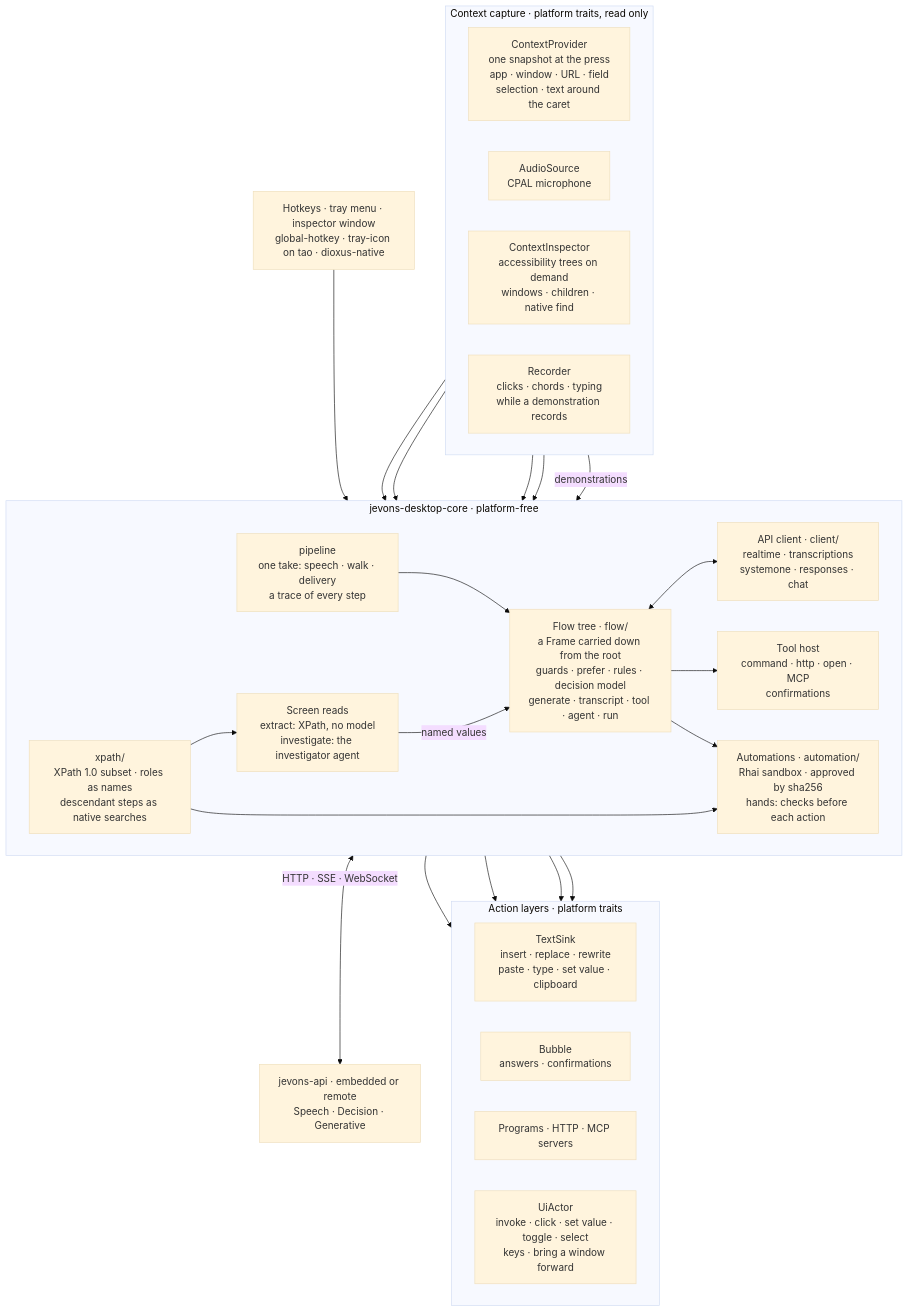
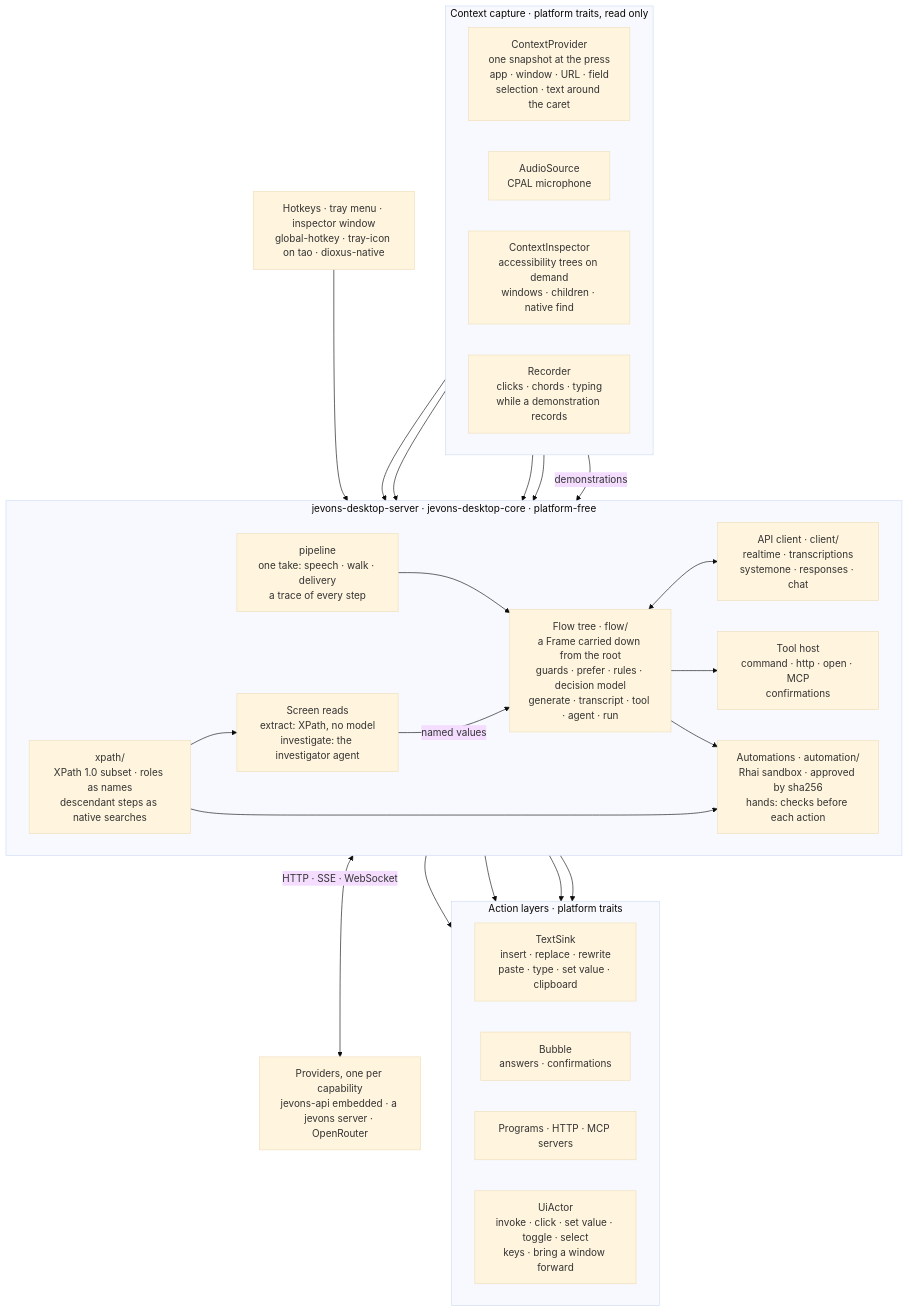
Before and after one commit to zojeda/jevons-rs: the second of 3 diagrams in README.md, drawn with Mermaid (base theme). The commit also changed other lines of this file and 226 other files, not shown here.

First line of the commit message:
jevons-desktop: machines over agents and tasks, a desktop server, and routed providers (#9)

````diff
--- a/README.md
+++ b/README.md
@@ -126,52 +131,52 @@
 ```mermaid
 flowchart TB
     triggers["Hotkeys · tray menu · inspector window<br/>global-hotkey · tray-icon on tao · dioxus-native"]
 
     subgraph capture["Context capture · platform traits, read only"]
         direction LR
         snapshot["ContextProvider<br/>one snapshot at the press<br/>app · window · URL · field<br/>selection · text around the caret"]
         mic["AudioSource<br/>CPAL microphone"]
         inspector["ContextInspector<br/>accessibility trees on demand<br/>windows · children · native find"]
         recorder["Recorder<br/>clicks · chords · typing<br/>while a demonstration records"]
     end
 
-    subgraph core["jevons-desktop-core · platform-free"]
+    subgraph core["jevons-desktop-server · jevons-desktop-core · platform-free"]
         direction LR
         pipeline["pipeline<br/>one take: speech · walk · delivery<br/>a trace of every step"]
         xpath["xpath/<br/>XPath 1.0 subset · roles as names<br/>descendant steps as native searches"]
         reads["Screen reads<br/>extract: XPath, no model<br/>investigate: the investigator agent"]
         walk["Flow tree · flow/<br/>a Frame carried down from the root<br/>guards · prefer · rules · decision model<br/>generate · transcript · tool · agent · run"]
         client["API client · client/<br/>realtime · transcriptions<br/>systemone · responses · chat"]
         tools["Tool host<br/>command · http · open · MCP<br/>confirmations"]
         automation["Automations · automation/<br/>Rhai sandbox · approved by sha256<br/>hands: checks before each action"]
     end
 
     subgraph actions["Action layers · platform traits"]
         direction LR
         sink["TextSink<br/>insert · replace · rewrite<br/>paste · type · set value · clipboard"]
         bubble["Bubble<br/>answers · confirmations"]
         external["Programs · HTTP · MCP servers"]
         actor["UiActor<br/>invoke · click · set value · toggle · select<br/>keys · bring a window forward"]
     end
 
-    runtime["jevons-api · embedded or remote<br/>Speech · Decision · Generative"]
+    runtime["Providers, one per capability<br/>jevons-api embedded · a jevons server · OpenRouter"]
 
     triggers --> pipeline
     snapshot --> pipeline
     mic --> pipeline
     inspector --> xpath
     inspector --> reads
     xpath --> reads
     pipeline --> walk
     reads -- "named values" --> walk
     walk <--> client
     client <-- "HTTP · SSE · WebSocket" --> runtime
     walk --> sink
     walk --> bubble
     walk --> tools
     walk --> automation
     xpath --> automation
     recorder -- "demonstrations" --> automation
     tools --> external
     automation --> actor
 ```
````
